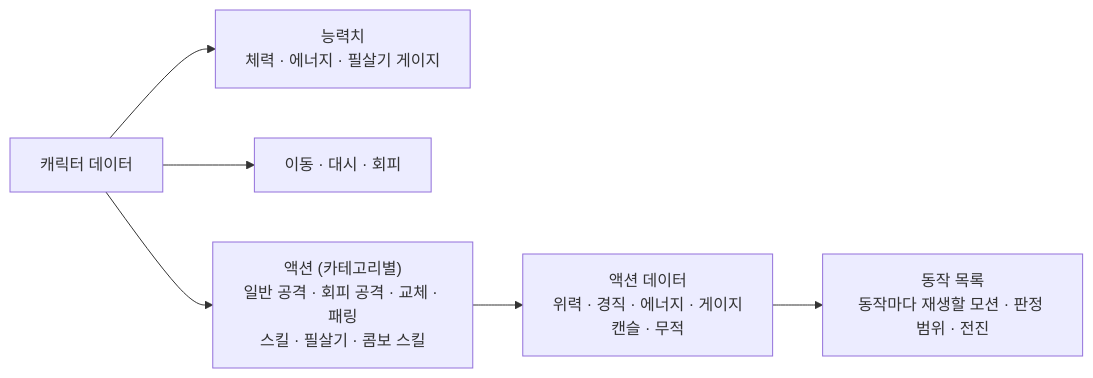
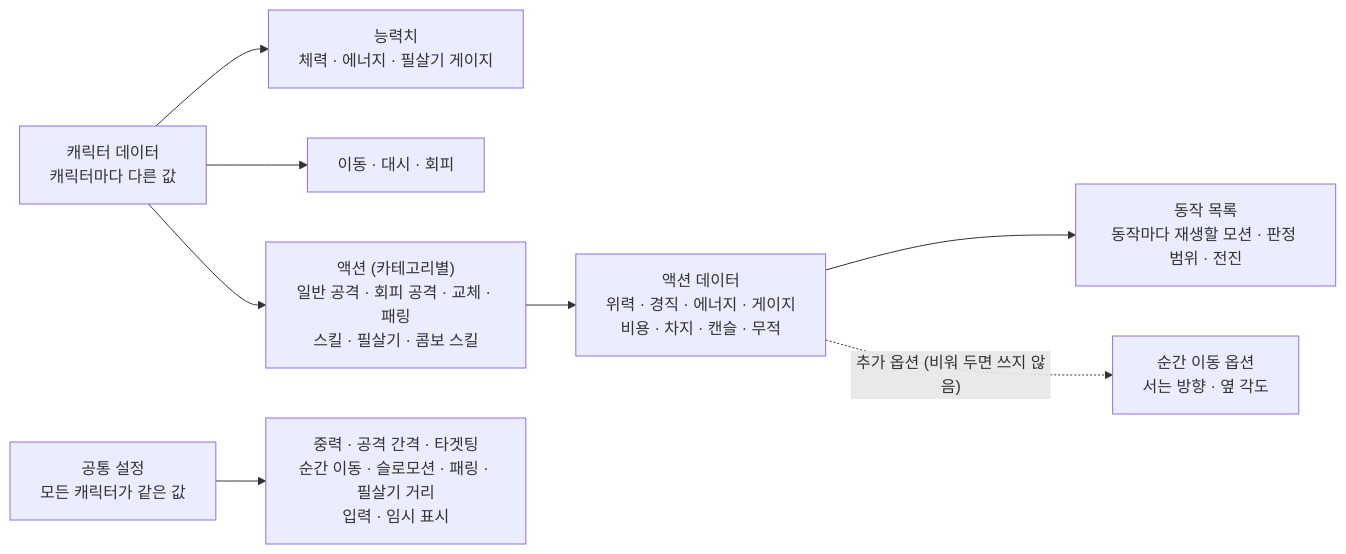
Before and after one commit to SquashPrince/Develrocket_mp15_HHH: the second of 4 diagrams in Docs/Technical/Player/PlayerStructure.md, drawn with Mermaid. The commit also changed other lines of this file and 7 other files, not shown here.

````diff
--- a/Docs/Technical/Player/PlayerStructure.md
+++ b/Docs/Technical/Player/PlayerStructure.md
@@ -42,8 +66,10 @@
 ```mermaid
 flowchart LR
-    CH["캐릭터 데이터"] --> ST["능력치<br>체력 · 에너지 · 필살기 게이지"]
+    CH["캐릭터 데이터<br>캐릭터마다 다른 값"] --> STT["능력치<br>체력 · 에너지 · 필살기 게이지"]
     CH --> MV["이동 · 대시 · 회피"]
     CH --> AC["액션 (카테고리별)<br>일반 공격 · 회피 공격 · 교체 · 패링<br>스킬 · 필살기 · 콤보 스킬"]
-    AC --> AD["액션 데이터<br>위력 · 경직 · 에너지 · 게이지<br>캔슬 · 무적"]
+    AC --> AD["액션 데이터<br>위력 · 경직 · 에너지 · 게이지<br>비용 · 차지 · 캔슬 · 무적"]
     AD --> STP["동작 목록<br>동작마다 재생할 모션 · 판정 범위 · 전진"]
+    AD -.->|"추가 옵션 (비워 두면 쓰지 않음)"| OP["순간 이동 옵션<br>서는 방향 · 옆 각도"]
+    CS["공통 설정<br>모든 캐릭터가 같은 값"] --> R["중력 · 공격 간격 · 타겟팅<br>순간 이동 · 슬로모션 · 패링 · 필살기 거리<br>입력 · 임시 표시"]
 ```
````
